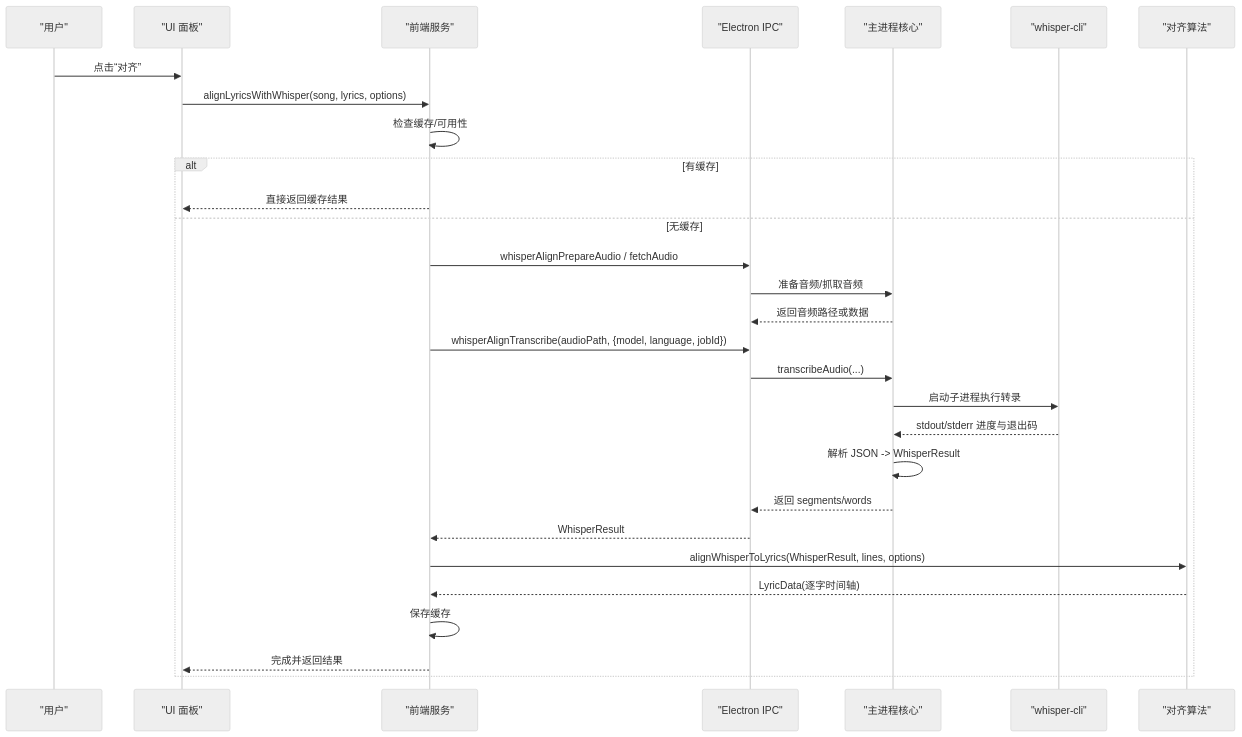
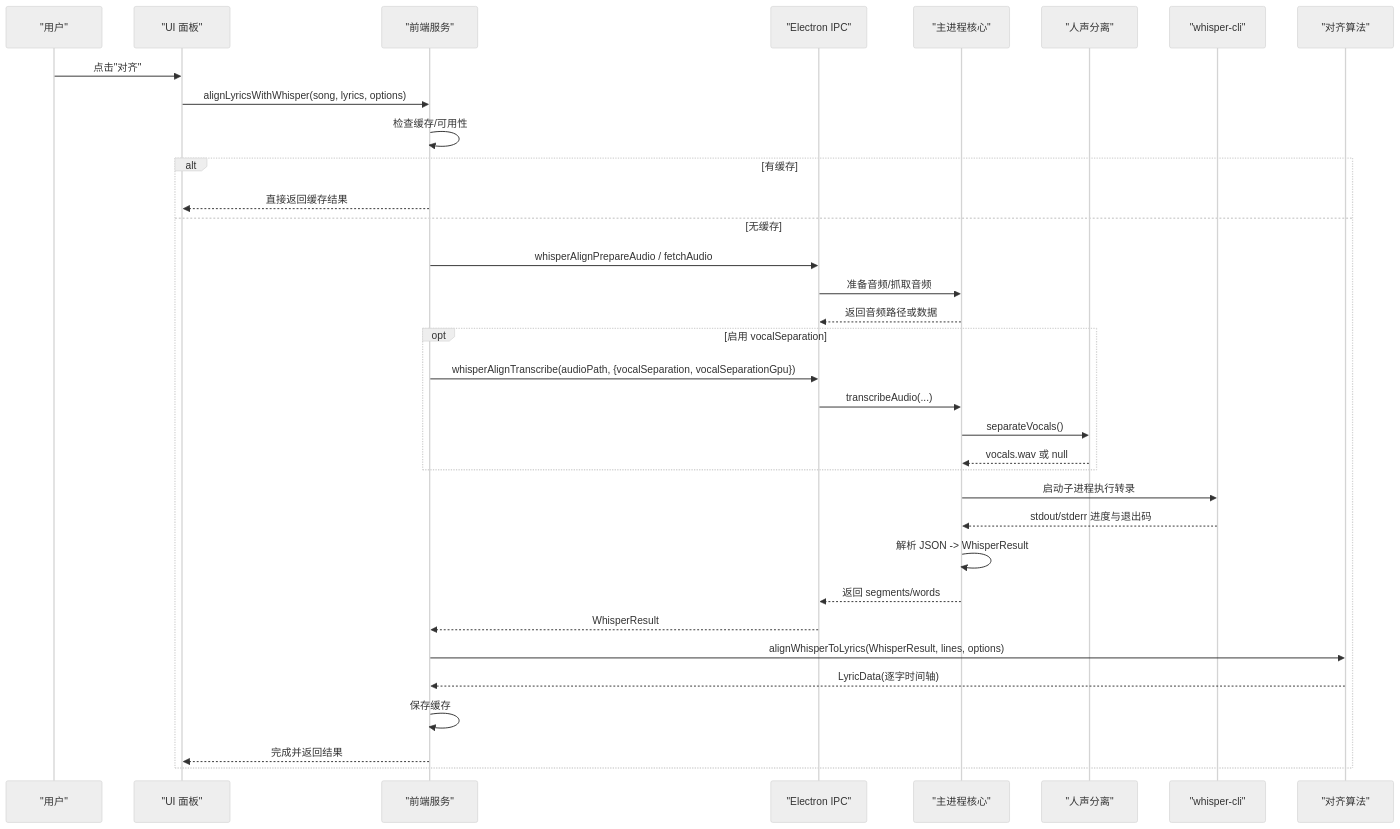
Before and after one commit to nonemarks/folia_player: the second of 6 diagrams in .qoder/repowiki/zh/content/模组系统/内置模组详解/Whisper歌词对齐工具.md, drawn with Mermaid (neutral theme). The commit also changed other lines of this file and 4 other files, not shown here.

First line of the commit message:
feat(whisper): 集成 GPU 加速人声分离和智能语言检测功能

````diff
--- a/.qoder/repowiki/zh/content/模组系统/内置模组详解/Whisper歌词对齐工具.md
+++ b/.qoder/repowiki/zh/content/模组系统/内置模组详解/Whisper歌词对齐工具.md
@@ -110,31 +145,36 @@
 ```mermaid
 sequenceDiagram
 participant U as "用户"
 participant UI as "UI 面板"
 participant S as "前端服务"
 participant E as "Electron IPC"
 participant M as "主进程核心"
+participant V as "人声分离"
 participant C as "whisper-cli"
 participant A as "对齐算法"
-U->>UI : 点击“对齐”
+U->>UI : 点击"对齐"
 UI->>S : alignLyricsWithWhisper(song, lyrics, options)
 S->>S : 检查缓存/可用性
 alt 有缓存
 S-->>UI : 直接返回缓存结果
 else 无缓存
 S->>E : whisperAlignPrepareAudio / fetchAudio
 E->>M : 准备音频/抓取音频
 M-->>E : 返回音频路径或数据
-S->>E : whisperAlignTranscribe(audioPath, {model, language, jobId})
+opt 启用 vocalSeparation
+S->>E : whisperAlignTranscribe(audioPath, {vocalSeparation, vocalSeparationGpu})
 E->>M : transcribeAudio(...)
+M->>V : separateVocals()
+V-->>M : vocals.wav 或 null
+end
 M->>C : 启动子进程执行转录
 C-->>M : stdout/stderr 进度与退出码
 M->>M : 解析 JSON -> WhisperResult
 M-->>E : 返回 segments/words
 E-->>S : WhisperResult
 S->>A : alignWhisperToLyrics(WhisperResult, lines, options)
 A-->>S : LyricData(逐字时间轴)
 S->>S : 保存缓存
 S-->>UI : 完成并返回结果
 end
 ```
````
